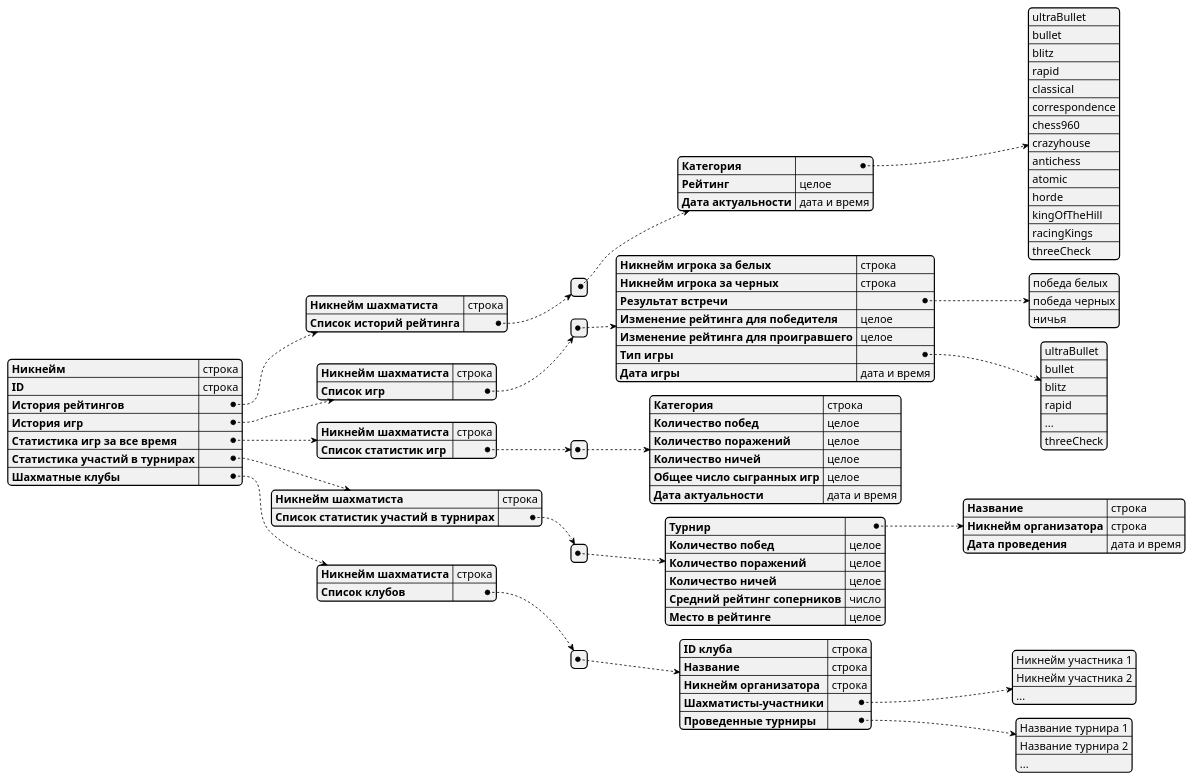
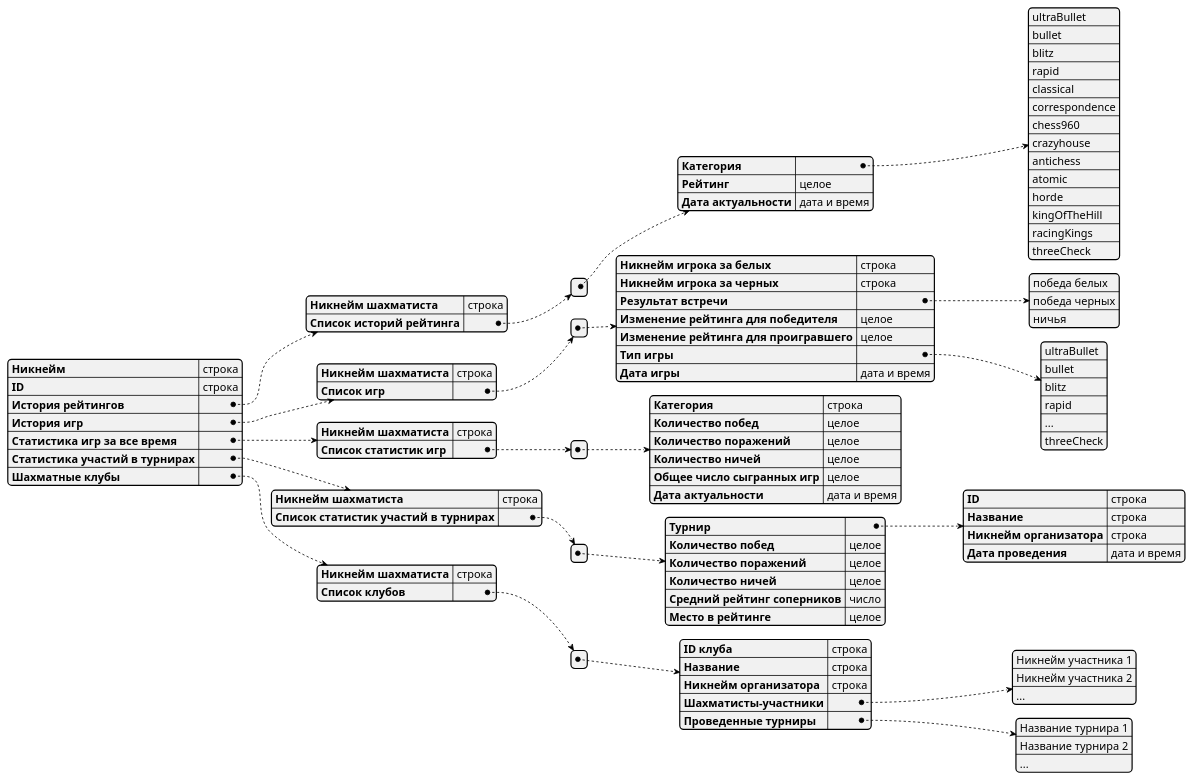
One commit to AleksanderNekr/LichessAnalyzer changed the diagram in docs/json_visualize.puml. Above: the diagram before and after it, drawn with PlantUML. The commit also changed 1 other file, not shown here.

```diff
--- a/docs/json_visualize.puml
+++ b/docs/json_visualize.puml
@@ -1,83 +1,84 @@
 @startjson chess-player
 {
   "Никнейм": "строка",
   "ID": "строка",
   "История рейтингов": {
     "Никнейм шахматиста": "строка",
     "Список историй рейтинга": [
       {
         "Категория": [
             "ultraBullet", "bullet", "blitz", "rapid", "classical", "correspondence", "chess960", "crazyhouse", "antichess", "atomic", "horde", "kingOfTheHill", "racingKings", "threeCheck"
         ],
         "Рейтинг": "целое",
         "Дата актуальности": "дата и время"
       }
     ]
   },
   "История игр": {
     "Никнейм шахматиста": "строка",
     "Список игр": [
       {
         "Никнейм игрока за белых": "строка",
         "Никнейм игрока за черных": "строка",
         "Результат встречи": [
             "победа белых", "победа черных", "ничья"
         ],
         "Изменение рейтинга для победителя": "целое",
         "Изменение рейтинга для проигравшего": "целое",
         "Тип игры": [
             "ultraBullet", "bullet", "blitz", "rapid", "...", "threeCheck"
         ],
         "Дата игры": "дата и время"
       }
     ]
   },
   "Статистика игр за все время": {
     "Никнейм шахматиста": "строка",
     "Список статистик игр": [
       {
         "Категория": "строка",
         "Количество побед": "целое",
         "Количество поражений": "целое",
         "Количество ничей": "целое",
         "Общее число сыгранных игр": "целое",
         "Дата актуальности": "дата и время"
       }
     ]
   },
   "Статистика участий в турнирах": {
     "Никнейм шахматиста": "строка",
     "Список статистик участий в турнирах": [
       {
         "Турнир": {
+          "ID": "строка",
           "Название": "строка",
           "Никнейм организатора": "строка",
           "Дата проведения": "дата и время"
         },
         "Количество побед": "целое",
         "Количество поражений": "целое",
         "Количество ничей": "целое",
         "Средний рейтинг соперников": "число",
         "Место в рейтинге": "целое"
       }
     ]
   },
   "Шахматные клубы": {
     "Никнейм шахматиста": "строка",
     "Список клубов": [
       {
         "ID клуба": "строка",
         "Название": "строка",
         "Никнейм организатора": "строка",
         "Шахматисты-участники": [
           "Никнейм участника 1", "Никнейм участника 2", "..."
         ],
         "Проведенные турниры": [
           "Название турнира 1", "Название турнира 2", "..."
         ]
       }
     ]
   }
 }
 
 @endjson
```
